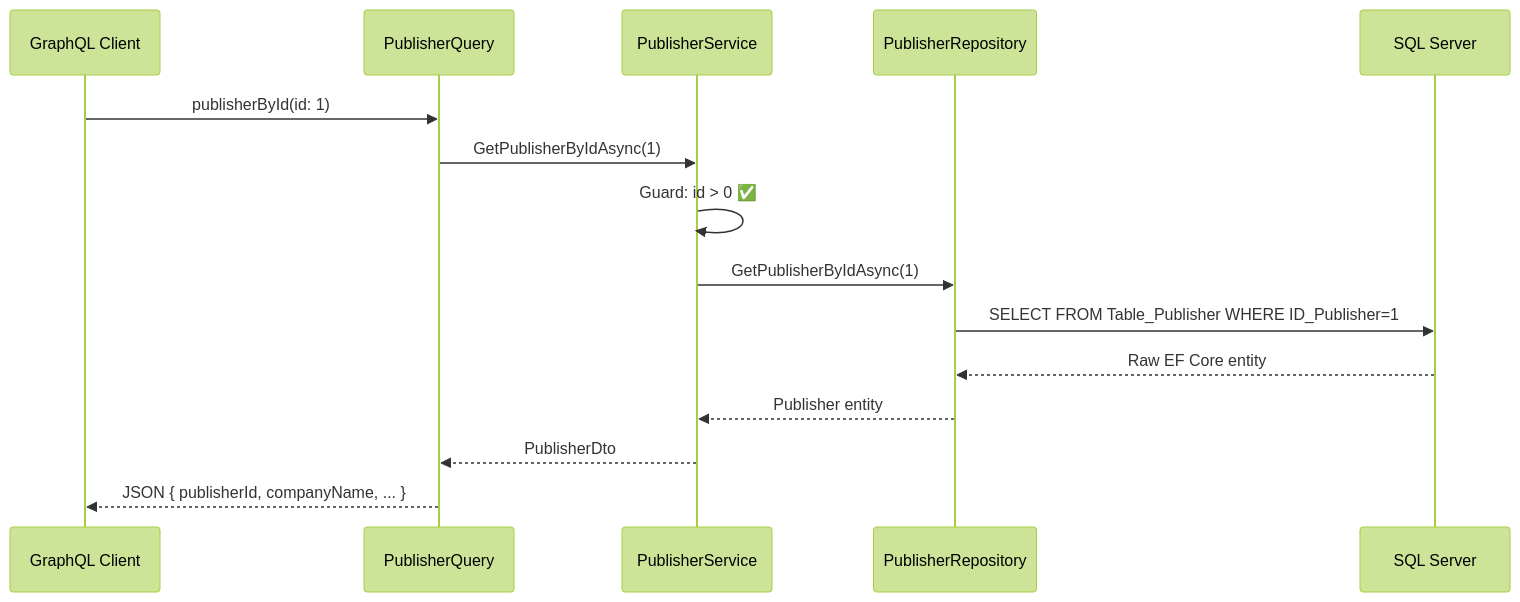
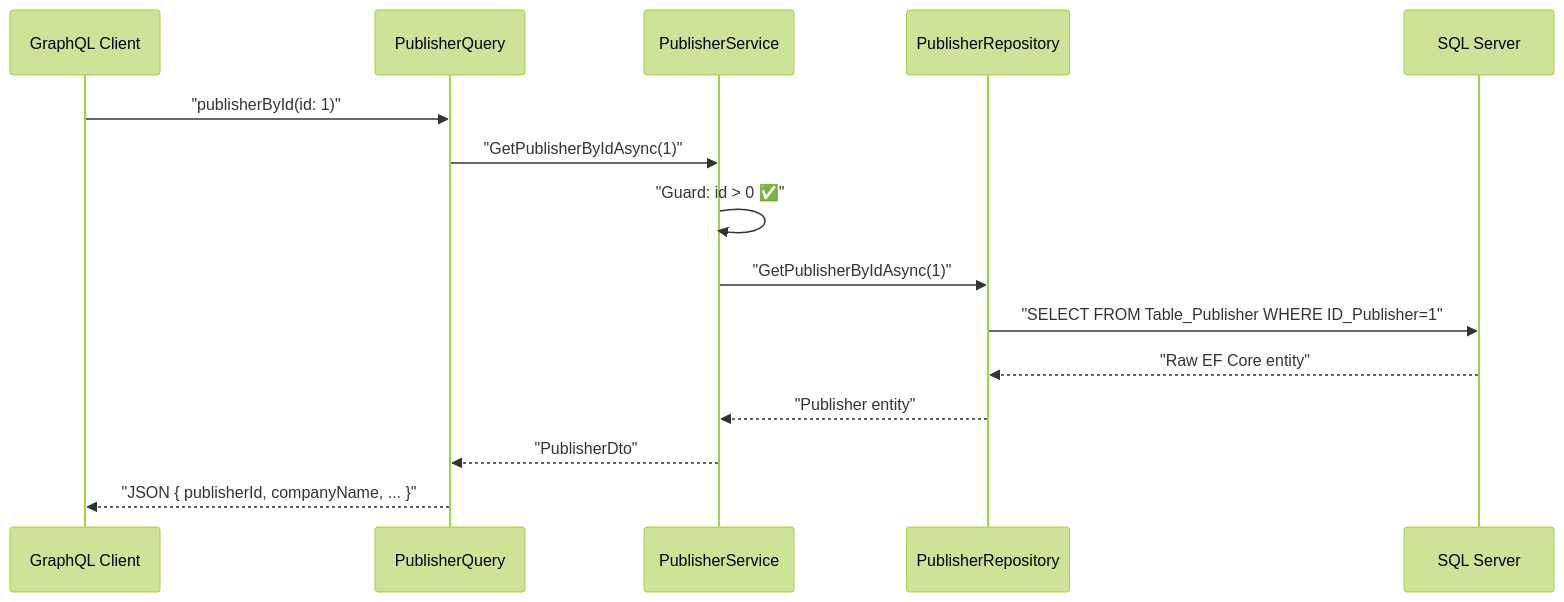
One commit to Rashmi-1609/BookswagonAPI25 changed the second of 3 diagrams in PublisherService/README.md. Above: the diagram before and after it, drawn with Mermaid (forest theme). The commit also changed other lines of this file, not shown here.

````diff
--- a/PublisherService/README.md
+++ b/PublisherService/README.md
@@ -187,18 +187,18 @@
 ```mermaid
 sequenceDiagram
     participant Client as GraphQL Client
     participant Query as PublisherQuery
     participant Service as PublisherService
     participant Repo as PublisherRepository
     participant DB as SQL Server
 
-    Client->>Query: publisherById(id: 1)
-    Query->>Service: GetPublisherByIdAsync(1)
-    Service->>Service: Guard: id > 0 ✅
-    Service->>Repo: GetPublisherByIdAsync(1)
-    Repo->>DB: SELECT FROM Table_Publisher WHERE ID_Publisher=1
-    DB-->>Repo: Raw EF Core entity
-    Repo-->>Service: Publisher entity
-    Service-->>Query: PublisherDto
-    Query-->>Client: JSON { publisherId, companyName, ... }
+    Client->>Query: "publisherById(id: 1)"
+    Query->>Service: "GetPublisherByIdAsync(1)"
+    Service->>Service: "Guard: id > 0 ✅"
+    Service->>Repo: "GetPublisherByIdAsync(1)"
+    Repo->>DB: "SELECT FROM Table_Publisher WHERE ID_Publisher=1"
+    DB-->>Repo: "Raw EF Core entity"
+    Repo-->>Service: "Publisher entity"
+    Service-->>Query: "PublisherDto"
+    Query-->>Client: "JSON { publisherId, companyName, ... }"
 ```
````
